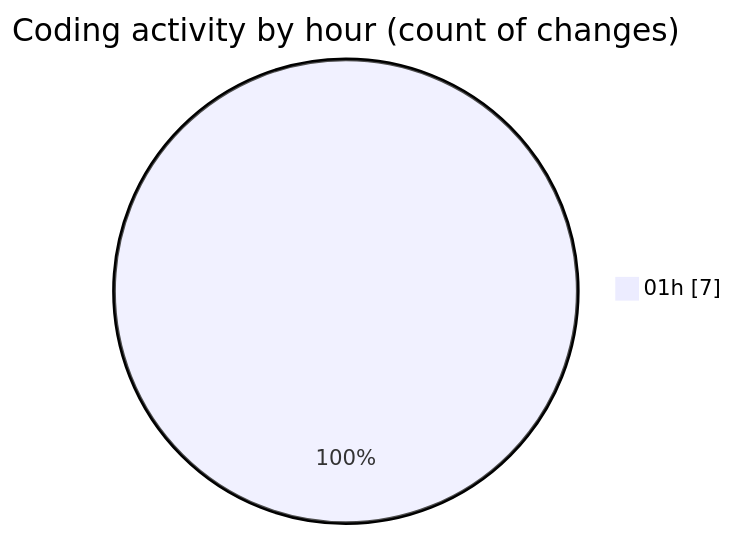
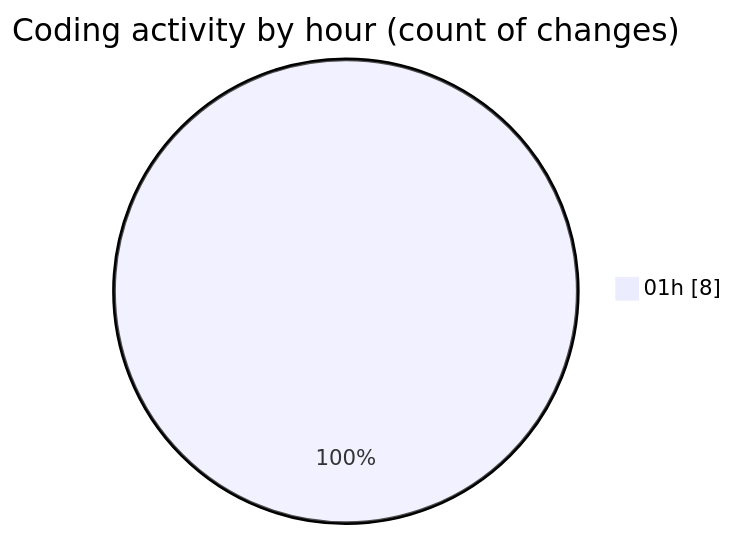
One commit to JenPaints/code-tracking changed the second of 2 diagrams in 2025-06-20/3d-gsap-scroll-template-main/README.md. Above: the diagram before and after it, drawn with Mermaid. The commit also changed other lines of this file and 1 other file, not shown here.

````diff
--- a/2025-06-20/3d-gsap-scroll-template-main/README.md
+++ b/2025-06-20/3d-gsap-scroll-template-main/README.md
@@ -30,5 +30,5 @@
 ```mermaid
 pie showData
 title Coding activity by hour (count of changes)
-"01h" : 7
+"01h" : 8
 ```
````
